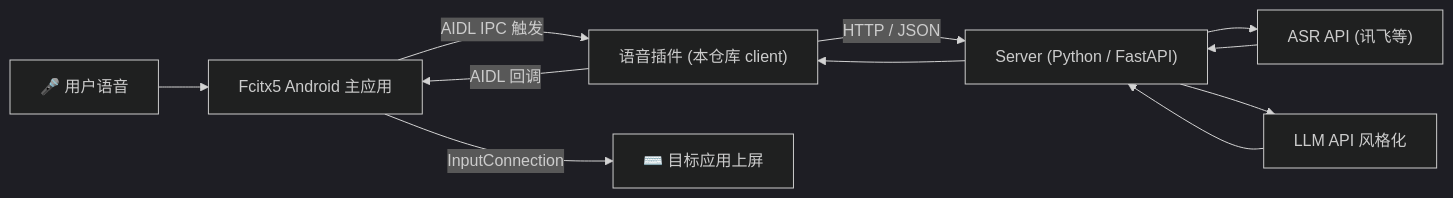
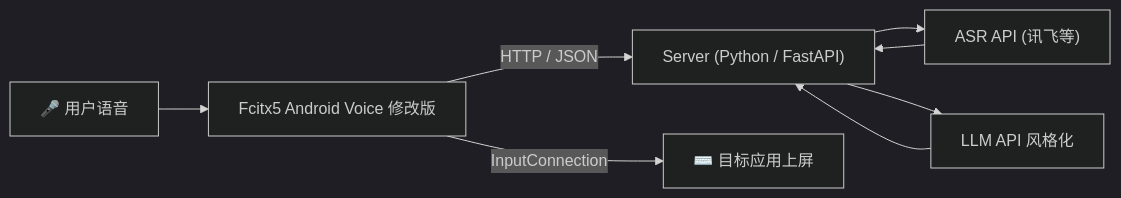
One commit to qytlix/fcitx5-ai-voice-to-text changed the diagram in README.md. Above: the diagram before and after it, drawn with Mermaid (dark theme). The commit also changed other lines of this file, not shown here.

````diff
--- a/README.md
+++ b/README.md
@@ -11,13 +11,10 @@
 ```mermaid
 flowchart LR
-    User["🎤 用户语音"] --> Fcitx5["Fcitx5 Android 主应用"]
-    Fcitx5 -->|AIDL IPC 触发| Plugin["语音插件 (本仓库 client)"]
-    Plugin -->|HTTP / JSON| Server["Server (Python / FastAPI)"]
+    User["🎤 用户语音"] --> Fcitx5["Fcitx5 Android Voice 修改版"]
+    Fcitx5 -->|HTTP / JSON| Server["Server (Python / FastAPI)"]
     Server --> ASR["ASR API (讯飞等)"]
     ASR --> Server
     Server --> LLM["LLM API 风格化"]
     LLM --> Server
-    Server --> Plugin
-    Plugin -->|AIDL 回调| Fcitx5
     Fcitx5 -->|InputConnection| IM["⌨️ 目标应用上屏"]
 ```
````
